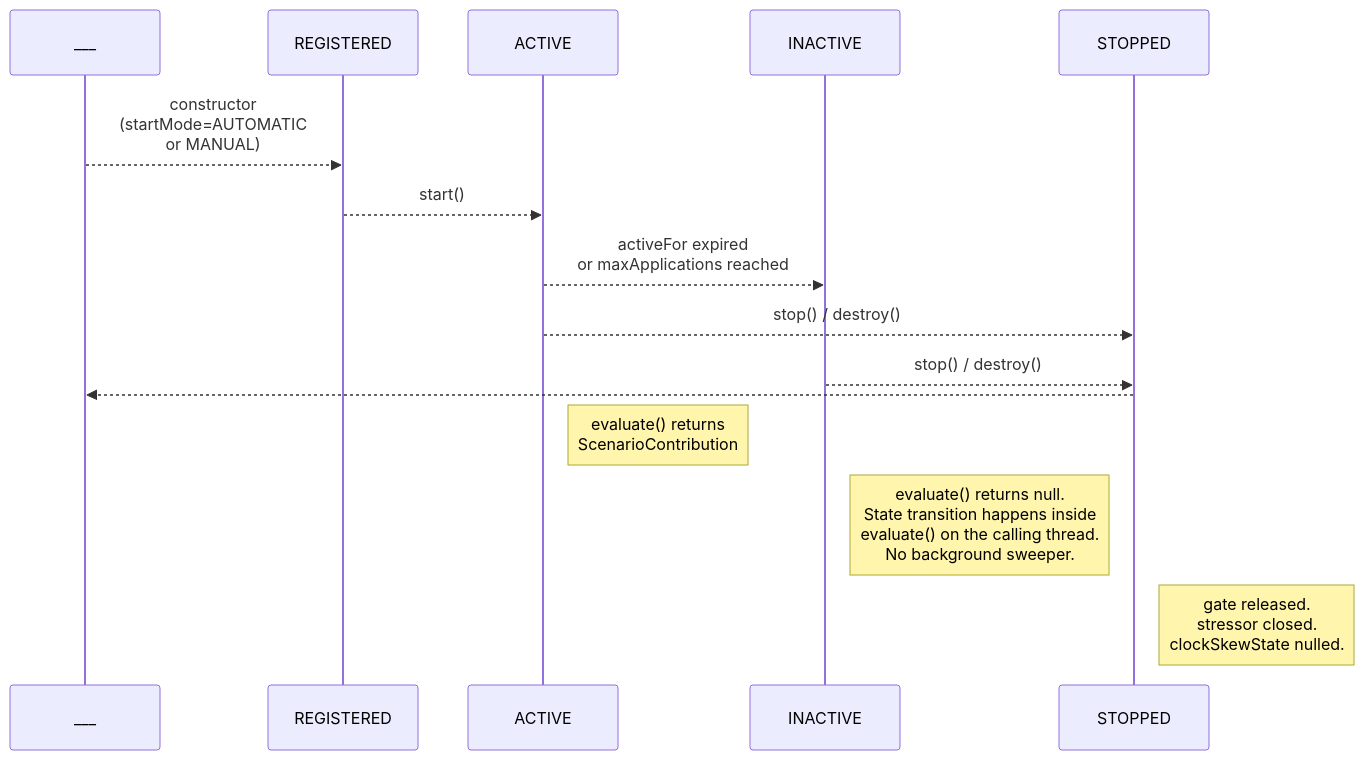
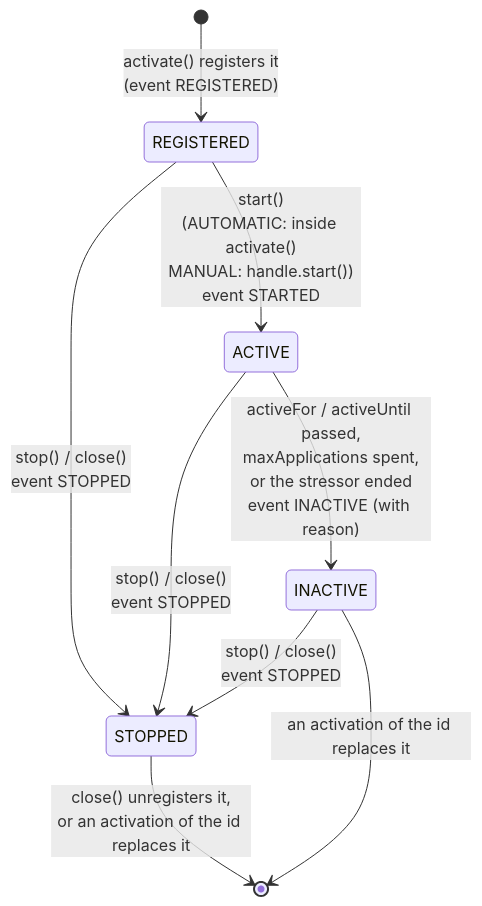
Before and after one commit to macstab/macstab-chaos-jvm-agent: the third of 4 diagrams in docs/overall-agent.md, drawn with Mermaid. The commit also changed other lines of this file and 5 other files, not shown here.

````diff
--- a/docs/overall-agent.md
+++ b/docs/overall-agent.md
@@ -377,12 +388,11 @@
 ```mermaid
-sequenceDiagram
-  ___-->>REGISTERED: constructor<br/>(startMode=AUTOMATIC<br/>or MANUAL)
-  REGISTERED-->>ACTIVE: start()
-  ACTIVE-->>INACTIVE: activeFor expired<br/>or maxApplications reached
-  ACTIVE-->>STOPPED: stop() / destroy()
-  INACTIVE-->>STOPPED: stop() / destroy()
-  STOPPED-->>___:
-  Note right of ACTIVE: evaluate() returns<br/>ScenarioContribution
-  Note right of INACTIVE: evaluate() returns null.<br/>State transition happens inside<br/>evaluate() on the calling thread.<br/>No background sweeper.
-  Note right of STOPPED: gate released.<br/>stressor closed.<br/>clockSkewState nulled.
+stateDiagram-v2
+  [*] --> REGISTERED: activate() registers it<br/>(event REGISTERED)
+  REGISTERED --> ACTIVE: start()<br/>(AUTOMATIC: inside activate()<br/>MANUAL: handle.start())<br/>event STARTED
+  REGISTERED --> STOPPED: stop() / close()<br/>event STOPPED
+  ACTIVE --> INACTIVE: activeFor / activeUntil passed,<br/>maxApplications spent,<br/>or the stressor ended<br/>event INACTIVE (with reason)
+  ACTIVE --> STOPPED: stop() / close()<br/>event STOPPED
+  INACTIVE --> STOPPED: stop() / close()<br/>event STOPPED
+  STOPPED --> [*]: close() unregisters it,<br/>or an activation of the id replaces it
+  INACTIVE --> [*]: an activation of the id replaces it
 ```
````
